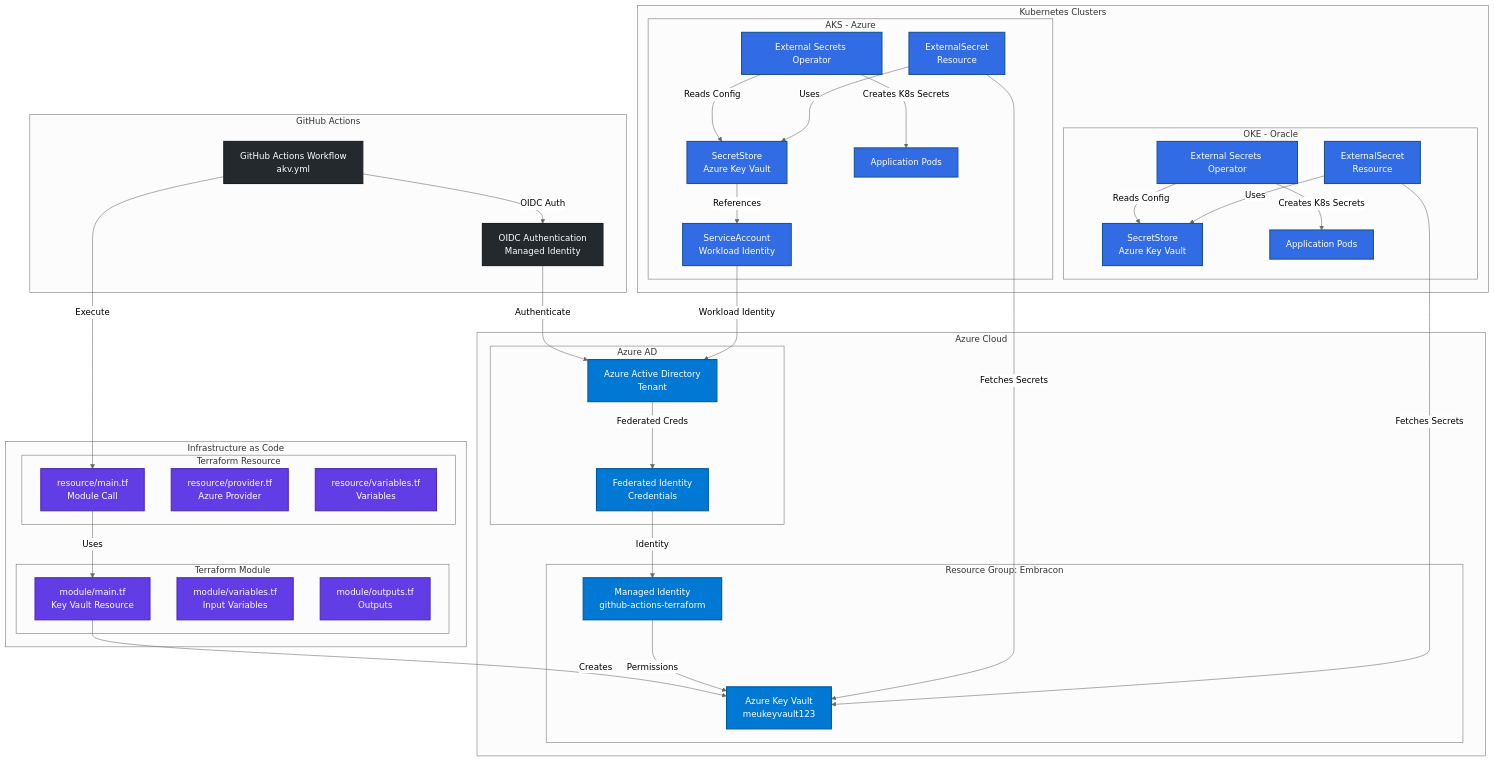
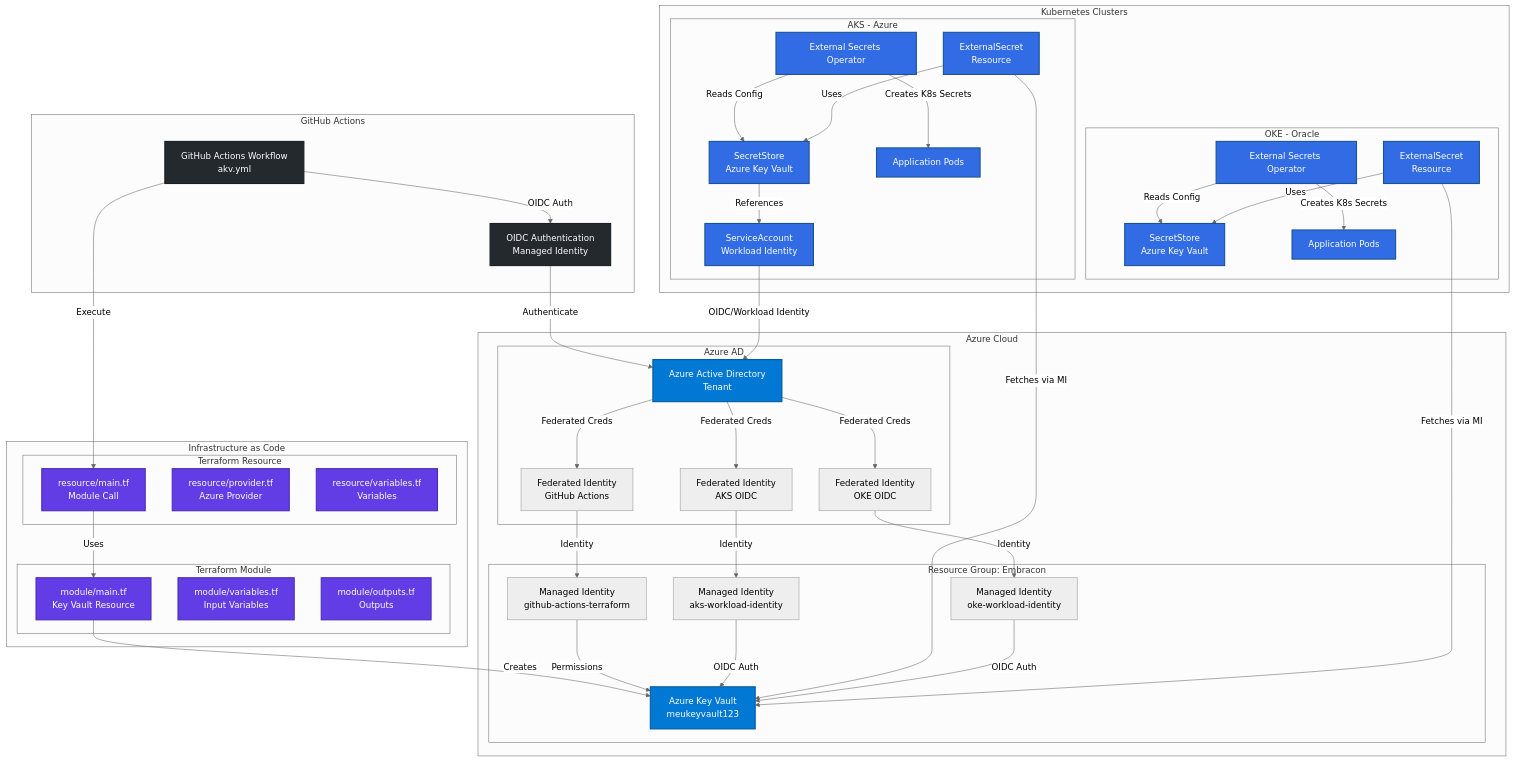
The first of 3 diagrams in Secret Management/SOLUTION-DIAGRAM.md (toolbox-tech/embracon), drawn with Mermaid (neutral theme) before and after one commit. The commit also changed other lines of this file, not shown here.

Commit message:
docs(akv): solution diagram

```diff
--- a/Secret Management/SOLUTION-DIAGRAM.md
+++ b/Secret Management/SOLUTION-DIAGRAM.md
@@ -14,12 +14,16 @@
     subgraph "Azure Cloud"
         subgraph "Resource Group: Embracon"
             AKV[Azure Key Vault<br/>meukeyvault123]
-            MI[Managed Identity<br/>github-actions-terraform]
+            MI_GHA[Managed Identity<br/>github-actions-terraform]
+            MI_AKS[Managed Identity<br/>aks-workload-identity]
+            MI_OKE[Managed Identity<br/>oke-workload-identity]
         end
         
         subgraph "Azure AD"
             AAD[Azure Active Directory<br/>Tenant]
-            FIC[Federated Identity<br/>Credentials]
+            FIC_GHA[Federated Identity<br/>GitHub Actions]
+            FIC_AKS[Federated Identity<br/>AKS OIDC]
+            FIC_OKE[Federated Identity<br/>OKE OIDC]
         end
     end
 
@@ -59,27 +63,33 @@
     %% Connections - GitHub to Azure
     GHA -->|OIDC Auth| OIDC
     OIDC -->|Authenticate| AAD
-    AAD -->|Federated Creds| FIC
-    FIC -->|Identity| MI
+    AAD -->|Federated Creds| FIC_GHA
+    FIC_GHA -->|Identity| MI_GHA
     
     %% Connections - Terraform
     GHA -->|Execute| RES_MAIN
     RES_MAIN -->|Uses| MOD_MAIN
     MOD_MAIN -->|Creates| AKV
-    MI -->|Permissions| AKV
+    MI_GHA -->|Permissions| AKV
     
     %% Connections - AKS
-    SA_AKS -->|Workload Identity| AAD
+    SA_AKS -->|OIDC/Workload Identity| AAD
+    AAD -->|Federated Creds| FIC_AKS
+    FIC_AKS -->|Identity| MI_AKS
     ESO_AKS -->|Reads Config| SS_AKS
     SS_AKS -->|References| SA_AKS
     ES_AKS -->|Uses| SS_AKS
-    ES_AKS -->|Fetches Secrets| AKV
+    MI_AKS -->|OIDC Auth| AKV
+    ES_AKS -->|Fetches via MI| AKV
     ESO_AKS -->|Creates K8s Secrets| POD_AKS
     
     %% Connections - OKE
     ESO_OKE -->|Reads Config| SS_OKE
+    AAD -->|Federated Creds| FIC_OKE
+    FIC_OKE -->|Identity| MI_OKE
     ES_OKE -->|Uses| SS_OKE
-    ES_OKE -->|Fetches Secrets| AKV
+    MI_OKE -->|OIDC Auth| AKV
+    ES_OKE -->|Fetches via MI| AKV
     ESO_OKE -->|Creates K8s Secrets| POD_OKE
 
     %% Styling
```
